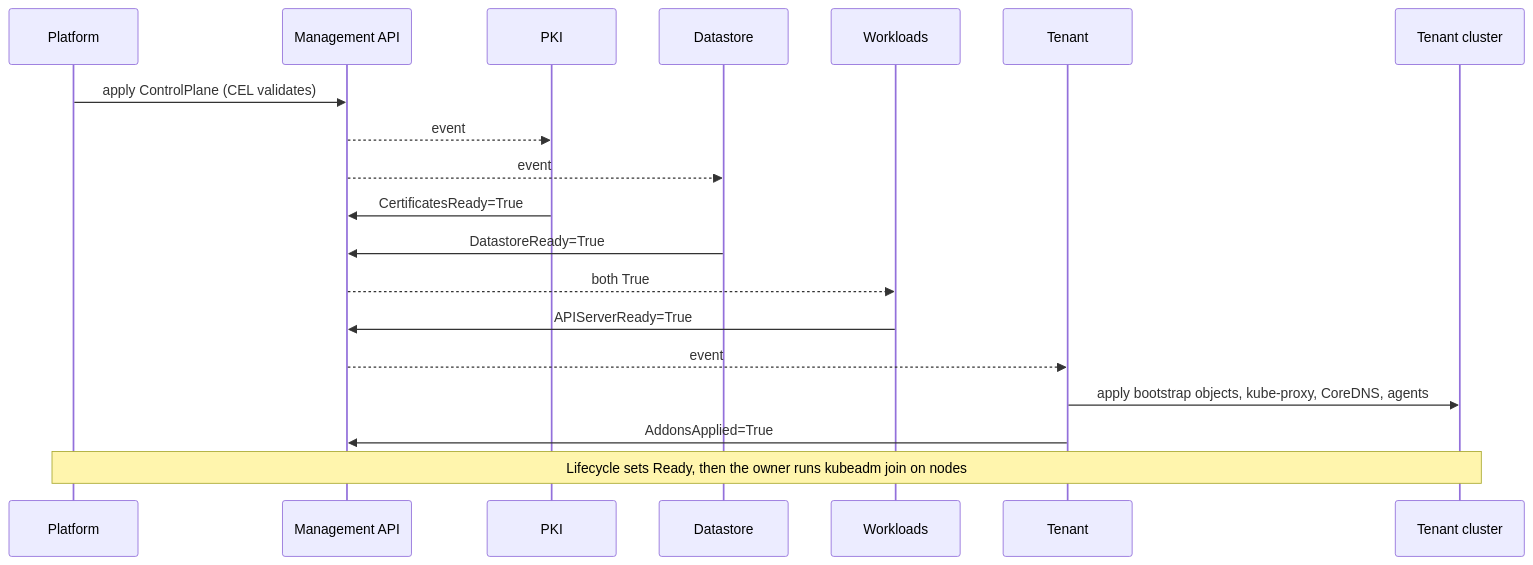
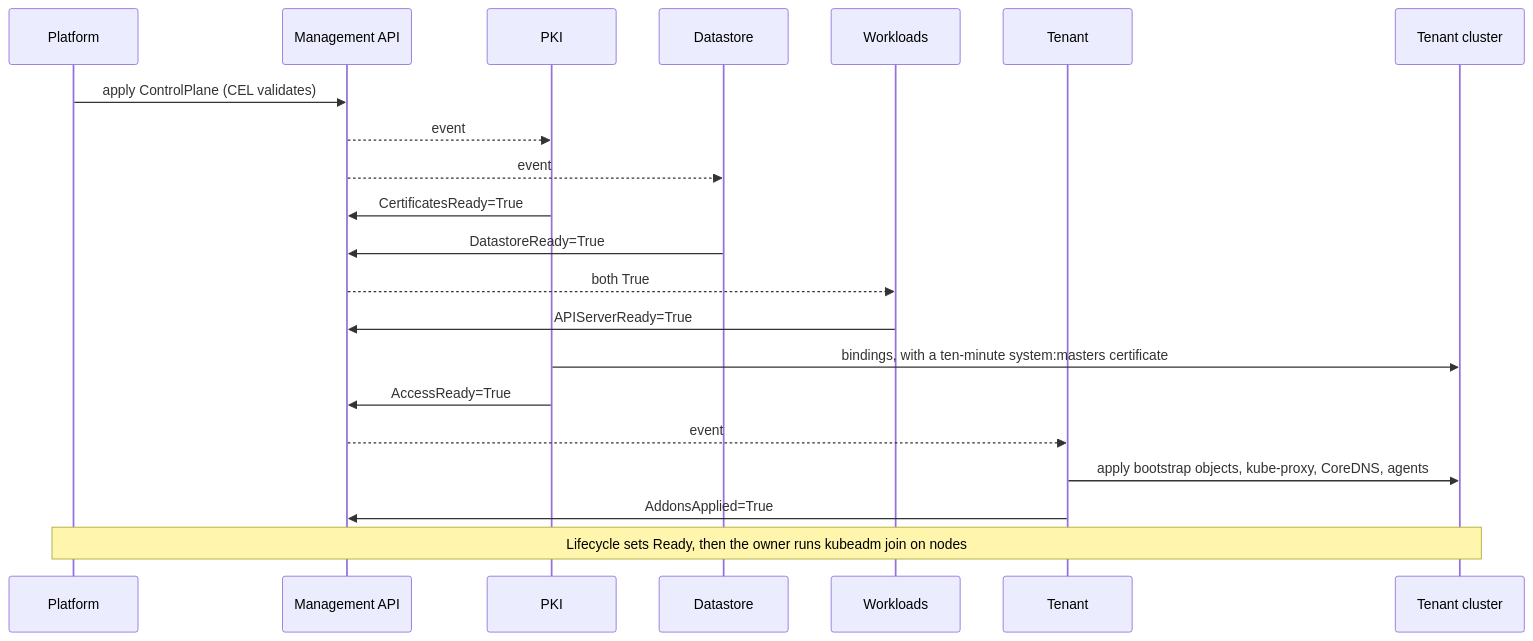
One commit to lodia-io/lodia changed the second of 7 diagrams in docs/README.md. Above: the diagram before and after it, drawn with Mermaid. The commit also changed other lines of this file and 4 other files, not shown here.

First line of the commit message:
docs: AccessReady, so Brygga's own access to a tenant has an owner

````diff
--- a/docs/README.md
+++ b/docs/README.md
@@ -78,21 +78,23 @@
 ```mermaid
 sequenceDiagram
   participant U as Platform
   participant API as Management API
   participant PKI
   participant DS as Datastore
   participant WL as Workloads
   participant TN as Tenant
   participant T as Tenant cluster
   U->>API: apply ControlPlane (CEL validates)
   API-->>PKI: event
   API-->>DS: event
   PKI->>API: CertificatesReady=True
   DS->>API: DatastoreReady=True
   API-->>WL: both True
   WL->>API: APIServerReady=True
+  PKI->>T: bindings, with a ten-minute system:masters certificate
+  PKI->>API: AccessReady=True
   API-->>TN: event
   TN->>T: apply bootstrap objects, kube-proxy, CoreDNS, agents
   TN->>API: AddonsApplied=True
   Note over U,T: Lifecycle sets Ready, then the owner runs kubeadm join on nodes
 ```
````
